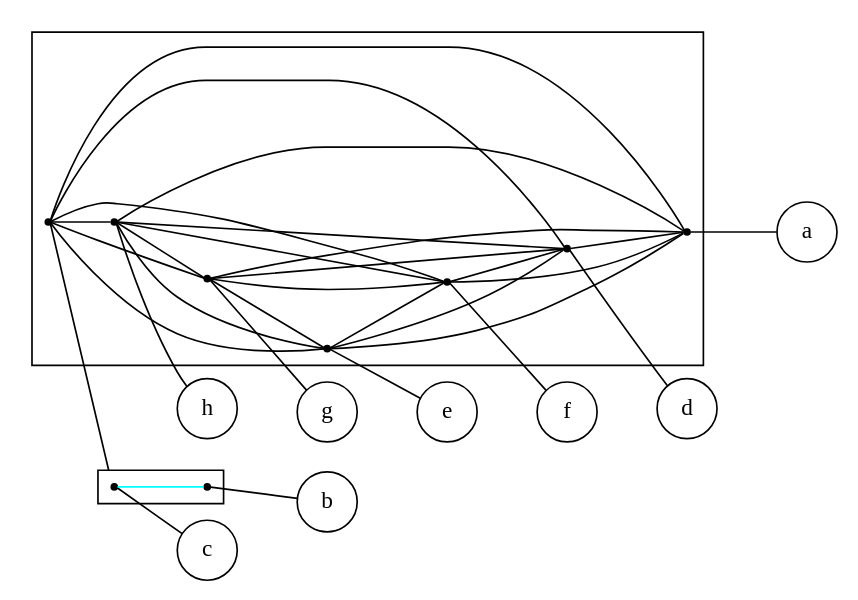
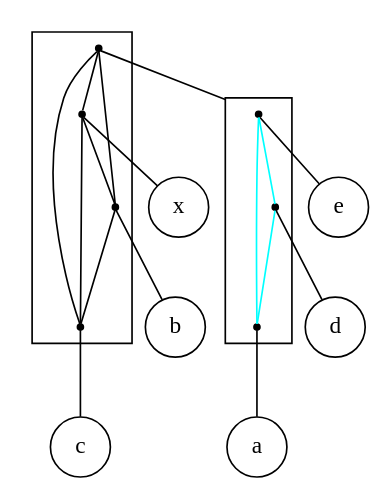
Before and after one commit to lrodrin/TFG: the diagram in src/final/exponential_2-structure.dot, drawn with Graphviz. The commit also changed 54 other files, not shown here.

```diff
--- a/src/final/exponential_2-structure.dot
+++ b/src/final/exponential_2-structure.dot
@@ -1,54 +1,37 @@
 digraph "exponential_2-structure" {
 compound=true;
 fontname=Verdana;
 fontsize=12;
-rankdir=LR;
+newrank=true;
 node [shape=circle];
-h;
-g;
+x;
+b;
+c;
 e;
-f;
 d;
 a;
-c;
-b;
-subgraph cluster_afbecdgh {
+subgraph cluster_xbdcae {
 node [shape=point];
-s_cb -> s_h  [color=black, arrowhead=none];
-s_cb -> s_g  [color=black, arrowhead=none];
-s_cb -> s_e  [color=black, arrowhead=none];
-s_cb -> s_f  [color=black, arrowhead=none];
-s_cb -> s_d  [color=black, arrowhead=none];
-s_cb -> s_a  [color=black, arrowhead=none];
-s_h -> s_g  [color=black, arrowhead=none];
-s_h -> s_e  [color=black, arrowhead=none];
-s_h -> s_f  [color=black, arrowhead=none];
-s_h -> s_d  [color=black, arrowhead=none];
-s_h -> s_a  [color=black, arrowhead=none];
-s_g -> s_e  [color=black, arrowhead=none];
-s_g -> s_f  [color=black, arrowhead=none];
-s_g -> s_d  [color=black, arrowhead=none];
-s_g -> s_a  [color=black, arrowhead=none];
-s_e -> s_f  [color=black, arrowhead=none];
-s_e -> s_d  [color=black, arrowhead=none];
-s_e -> s_a  [color=black, arrowhead=none];
-s_f -> s_d  [color=black, arrowhead=none];
-s_f -> s_a  [color=black, arrowhead=none];
-s_d -> s_a  [color=black, arrowhead=none];
+s_ead -> s_x  [color=black, arrowhead=none];
+s_ead -> s_b  [color=black, arrowhead=none];
+s_ead -> s_c  [color=black, arrowhead=none];
+s_x -> s_b  [color=black, arrowhead=none];
+s_x -> s_c  [color=black, arrowhead=none];
+s_b -> s_c  [color=black, arrowhead=none];
 }
 
-subgraph cluster_cb {
+subgraph cluster_ead {
 node [shape=point];
-s_c -> s_b  [color=cyan, arrowhead=none];
+s_e -> s_d  [color=cyan, arrowhead=none];
+s_e -> s_a  [color=cyan, arrowhead=none];
+s_d -> s_a  [color=cyan, arrowhead=none];
 }
 
-s_cb -> s_c  [lhead=cluster_cb, arrowhead=none];
-s_h -> h  [arrowhead=none];
-s_g -> g  [arrowhead=none];
+s_ead -> s_e  [lhead=cluster_ead, arrowhead=none];
+s_x -> x  [arrowhead=none];
+s_b -> b  [arrowhead=none];
+s_c -> c  [arrowhead=none];
 s_e -> e  [arrowhead=none];
-s_f -> f  [arrowhead=none];
 s_d -> d  [arrowhead=none];
 s_a -> a  [arrowhead=none];
-s_c -> c  [arrowhead=none];
-s_b -> b  [arrowhead=none];
 }
```
